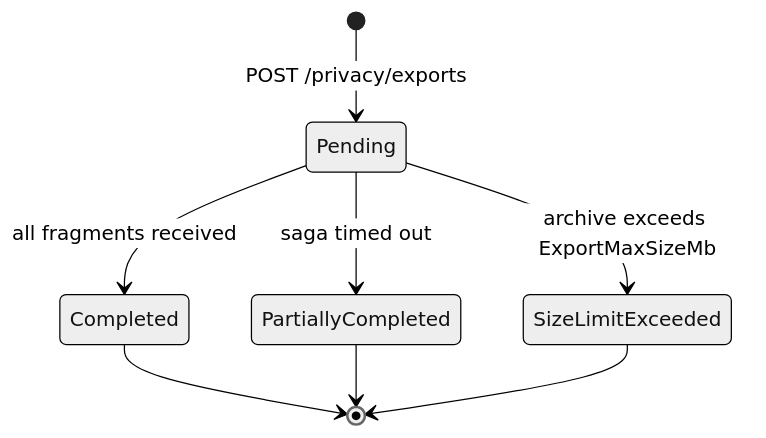
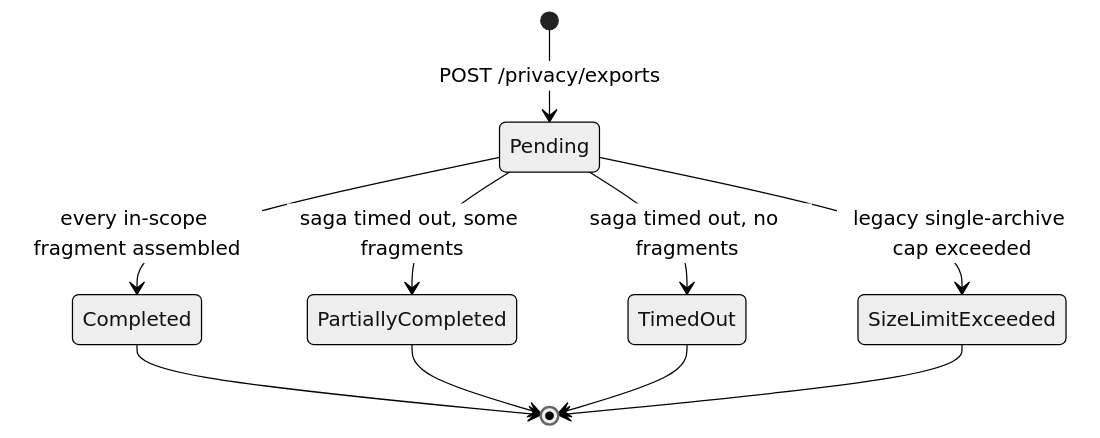
The second of 2 diagrams in src/content/docs/dotnet/compliance/privacy/data-export.mdx (granit-fx/granit-docs), drawn with Mermaid (neutral theme) before and after one commit. The commit also changed other lines of this file and 11 other files, not shown here.

````diff
--- a/src/content/docs/dotnet/compliance/privacy/data-export.mdx
+++ b/src/content/docs/dotnet/compliance/privacy/data-export.mdx
@@ -207,10 +343,12 @@
 ```mermaid
 stateDiagram-v2
     [*] --> Pending: POST /privacy/exports
-    Pending --> Completed: all fragments received
-    Pending --> PartiallyCompleted: saga timed out
-    Pending --> SizeLimitExceeded: archive exceeds ExportMaxSizeMb
+    Pending --> Completed: every in-scope fragment assembled
+    Pending --> PartiallyCompleted: saga timed out, some fragments
+    Pending --> TimedOut: saga timed out, no fragments
+    Pending --> SizeLimitExceeded: legacy single-archive cap exceeded
     Completed --> [*]
     PartiallyCompleted --> [*]
+    TimedOut --> [*]
     SizeLimitExceeded --> [*]
 ```
````
